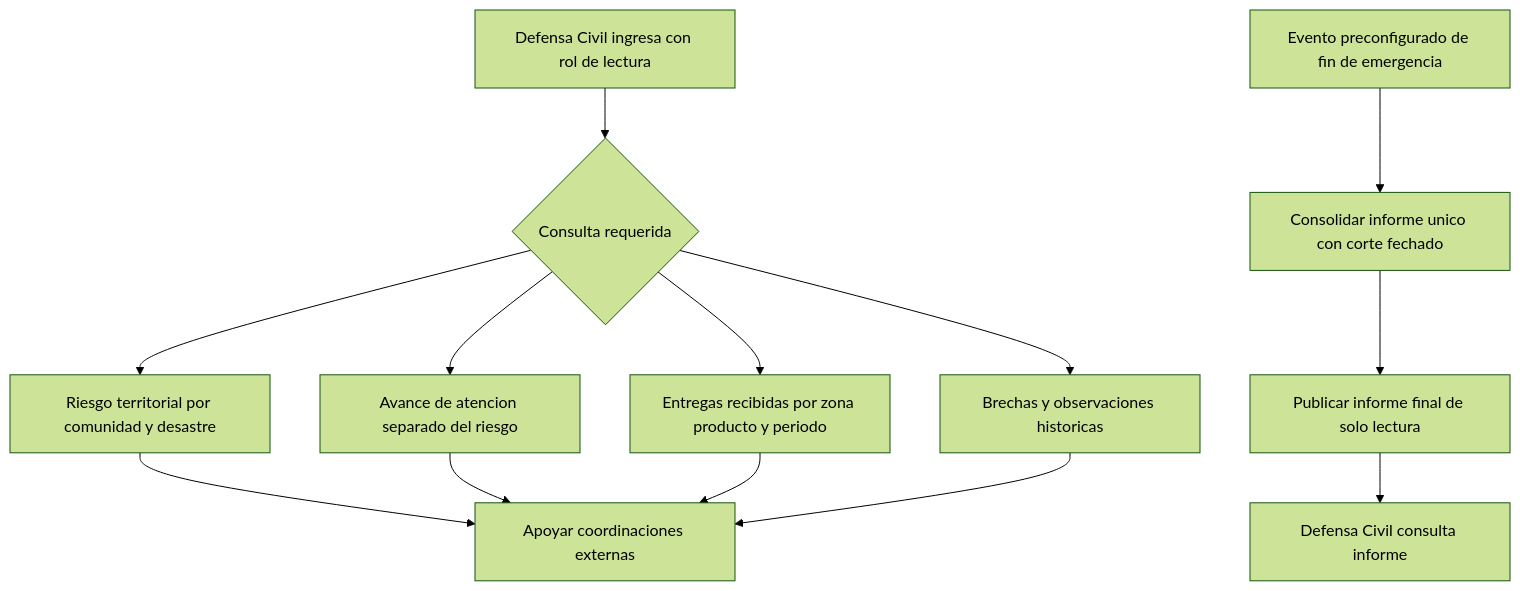
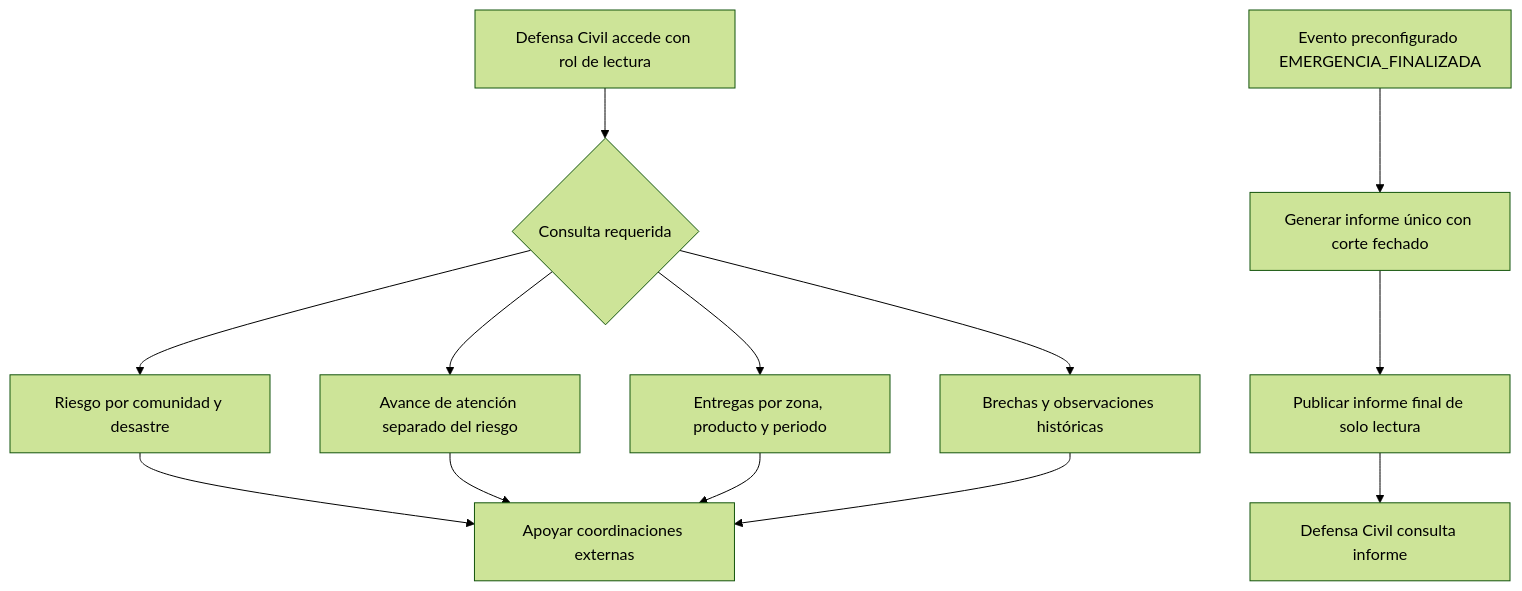
Before and after one commit to EderPanta18/alivia-humanitarian-system-design: the diagram in docs/02-procesos/06-supervision-defensa-civil.md, drawn with Mermaid (forest theme). The commit also changed other lines of this file and 44 other files, not shown here.

````diff
--- a/docs/02-procesos/06-supervision-defensa-civil.md
+++ b/docs/02-procesos/06-supervision-defensa-civil.md
@@ -47,15 +70,16 @@
 ```mermaid
 flowchart TD
-  A[Defensa Civil ingresa con rol de lectura] --> B{Consulta requerida}
-  B --> C[Riesgo territorial por comunidad y desastre]
-  B --> D[Avance de atencion separado del riesgo]
-  B --> E[Entregas recibidas por zona producto y periodo]
-  B --> F[Brechas y observaciones historicas]
-  C --> G[Apoyar coordinaciones externas]
-  D --> G
-  E --> G
-  F --> G
-  H[Evento preconfigurado de fin de emergencia] --> I[Consolidar informe unico con corte fechado]
-  I --> J[Publicar informe final de solo lectura]
-  J --> K[Defensa Civil consulta informe]
+    A[Defensa Civil accede con rol de lectura] --> B{Consulta requerida}
+    B --> C[Riesgo por comunidad y desastre]
+    B --> D[Avance de atención separado del riesgo]
+    B --> E[Entregas por zona, producto y periodo]
+    B --> F[Brechas y observaciones históricas]
+    C --> G[Apoyar coordinaciones externas]
+    D --> G
+    E --> G
+    F --> G
+
+    H[Evento preconfigurado EMERGENCIA_FINALIZADA] --> I[Generar informe único con corte fechado]
+    I --> J[Publicar informe final de solo lectura]
+    J --> K[Defensa Civil consulta informe]
 ```
````
